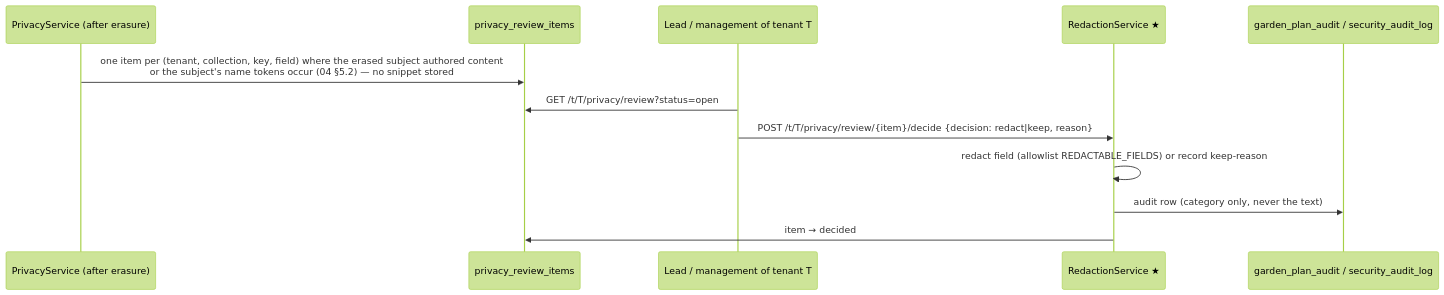
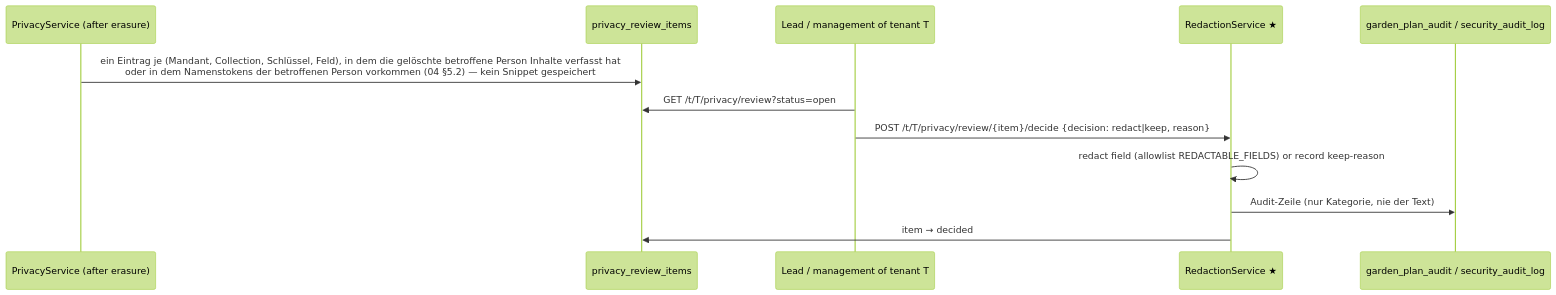
The sixth of 6 diagrams in spec/privacy/01-privacy-architecture.md (nolte/kamerplanter), drawn with Mermaid (forest theme) before and after one commit. The commit also changed other lines of this file and 13 other files, not shown here.

````diff
--- a/spec/privacy/01-privacy-architecture.md
+++ b/spec/privacy/01-privacy-architecture.md
@@ -379,15 +395,15 @@
 ```mermaid
 sequenceDiagram
     participant PLE as PrivacyService (after erasure)
     participant RQ as privacy_review_items
     participant L as Lead / management of tenant T
     participant RS as RedactionService ★
     participant A as garden_plan_audit / security_audit_log
 
-    PLE->>RQ: one item per (tenant, collection, key, field) where the erased subject authored content<br/>or the subject's name tokens occur (04 §5.2) — no snippet stored
+    PLE->>RQ: ein Eintrag je (Mandant, Collection, Schlüssel, Feld), in dem die gelöschte betroffene Person Inhalte verfasst hat<br/>oder in dem Namenstokens der betroffenen Person vorkommen (04 §5.2) — kein Snippet gespeichert
     L->>RQ: GET /t/T/privacy/review?status=open
     L->>RS: POST /t/T/privacy/review/{item}/decide {decision: redact|keep, reason}
     RS->>RS: redact field (allowlist REDACTABLE_FIELDS) or record keep-reason
-    RS->>A: audit row (category only, never the text)
+    RS->>A: Audit-Zeile (nur Kategorie, nie der Text)
     RS->>RQ: item → decided
 ```
````
